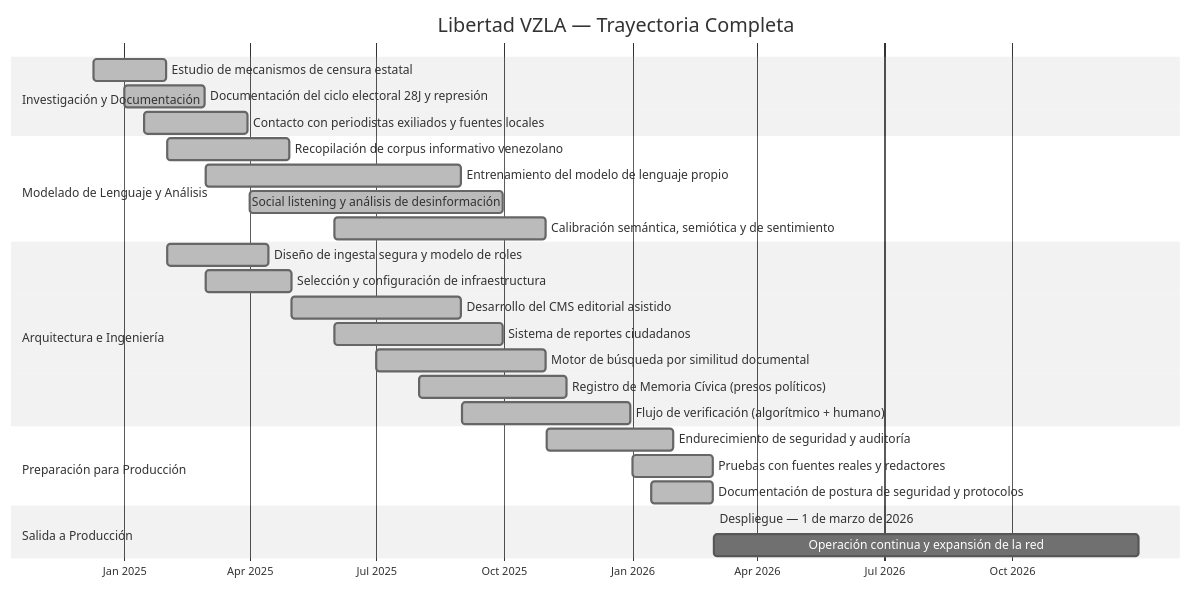
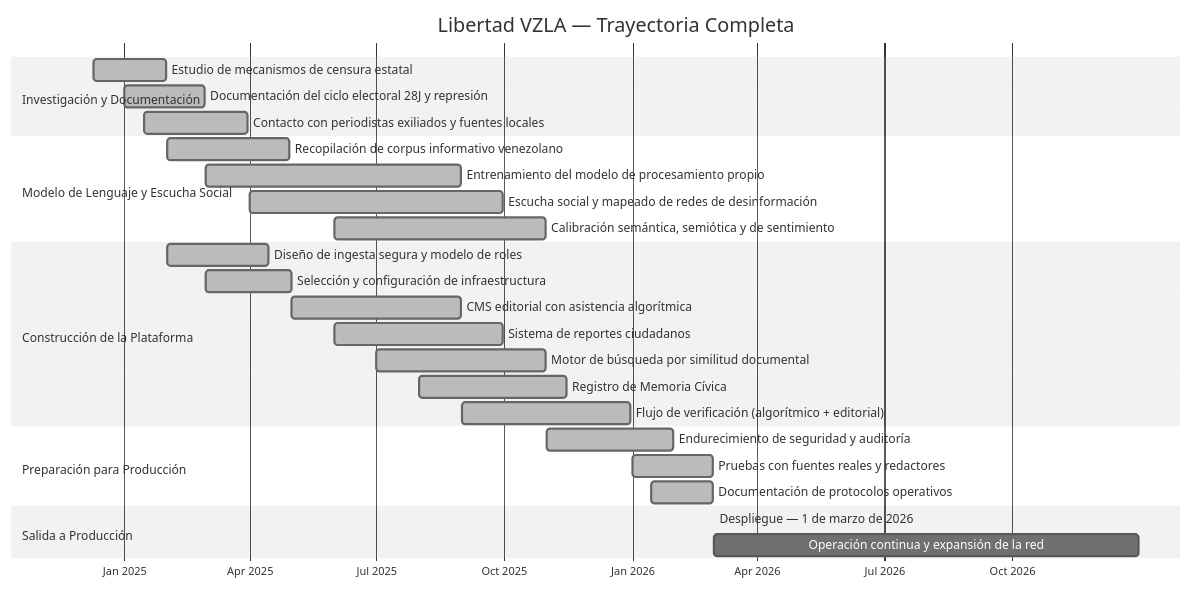
The first of 2 diagrams in README.md (LuisSambrano/libertad-showcase), drawn with Mermaid (neutral theme) before and after one commit. The commit also changed other lines of this file and 3 other files, not shown here.

````diff
--- a/README.md
+++ b/README.md
@@ -80,35 +80,35 @@
 ```mermaid
 gantt
     title Libertad VZLA — Trayectoria Completa
     dateFormat YYYY-MM-DD
     axisFormat %b %Y
 
     section Investigación y Documentación
     Estudio de mecanismos de censura estatal               :done,    r1, 2024-12-10, 2025-01-31
     Documentación del ciclo electoral 28J y represión      :done,    r2, 2025-01-01, 2025-02-28
     Contacto con periodistas exiliados y fuentes locales   :done,    r3, 2025-01-15, 2025-03-31
 
-    section Modelado de Lenguaje y Análisis
+    section Modelo de Lenguaje y Escucha Social
     Recopilación de corpus informativo venezolano          :done,    m1, 2025-02-01, 2025-04-30
-    Entrenamiento del modelo de lenguaje propio            :done,    m2, 2025-03-01, 2025-08-31
-    Social listening y análisis de desinformación          :done,    m3, 2025-04-01, 2025-09-30
+    Entrenamiento del modelo de procesamiento propio       :done,    m2, 2025-03-01, 2025-08-31
+    Escucha social y mapeado de redes de desinformación    :done,    m3, 2025-04-01, 2025-09-30
     Calibración semántica, semiótica y de sentimiento      :done,    m4, 2025-06-01, 2025-10-31
 
-    section Arquitectura e Ingeniería
+    section Construcción de la Plataforma
     Diseño de ingesta segura y modelo de roles             :done,    a1, 2025-02-01, 2025-04-15
     Selección y configuración de infraestructura           :done,    a2, 2025-03-01, 2025-05-01
-    Desarrollo del CMS editorial asistido                  :done,    d1, 2025-05-01, 2025-08-31
+    CMS editorial con asistencia algorítmica               :done,    d1, 2025-05-01, 2025-08-31
     Sistema de reportes ciudadanos                         :done,    d2, 2025-06-01, 2025-09-30
     Motor de búsqueda por similitud documental             :done,    d3, 2025-07-01, 2025-10-31
-    Registro de Memoria Cívica (presos políticos)          :done,    d4, 2025-08-01, 2025-11-15
-    Flujo de verificación (algorítmico + humano)           :done,    d5, 2025-09-01, 2025-12-31
+    Registro de Memoria Cívica                             :done,    d4, 2025-08-01, 2025-11-15
+    Flujo de verificación (algorítmico + editorial)        :done,    d5, 2025-09-01, 2025-12-31
 
     section Preparación para Producción
     Endurecimiento de seguridad y auditoría                :done,    p1, 2025-11-01, 2026-01-31
     Pruebas con fuentes reales y redactores                :done,    p2, 2026-01-01, 2026-02-28
-    Documentación de postura de seguridad y protocolos     :done,    p3, 2026-01-15, 2026-02-28
+    Documentación de protocolos operativos                 :done,    p3, 2026-01-15, 2026-02-28
 
     section Salida a Producción
     Despliegue — 1 de marzo de 2026                        :active,  l1, 2026-03-01, 2026-03-01
     Operación continua y expansión de la red               :         l2, 2026-03-01, 2026-12-31
 ```
````
